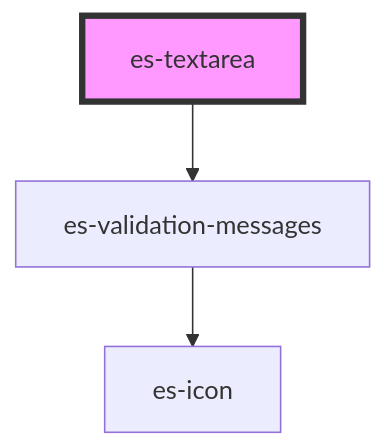
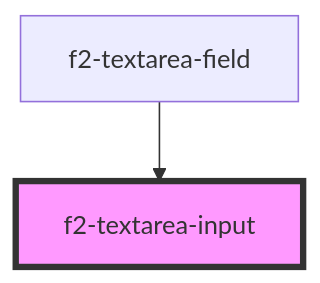
The diagram in packages/fields-v2/src/components/text/textarea/readme.md (EventStore/Design-System), drawn with Mermaid before and after one commit. The commit also changed other lines of this file and 9 other files, not shown here.

````diff
--- a/packages/fields-v2/src/components/text/textarea/readme.md
+++ b/packages/fields-v2/src/components/text/textarea/readme.md
@@ -85,6 +76,5 @@
 ```mermaid
 graph TD;
-  es-textarea --> es-validation-messages
-  es-validation-messages --> es-icon
-  style es-textarea fill:#f9f,stroke:#333,stroke-width:4px
+  f2-textarea-field --> f2-textarea-input
+  style f2-textarea-input fill:#f9f,stroke:#333,stroke-width:4px
 ```
````
